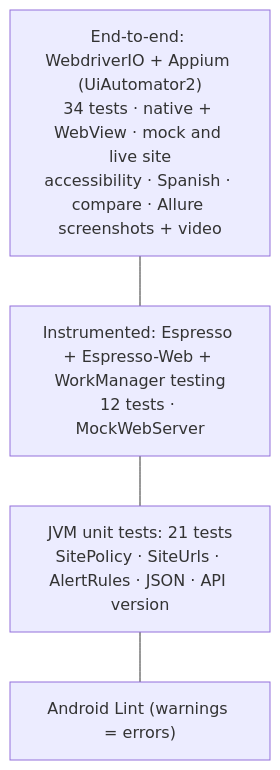
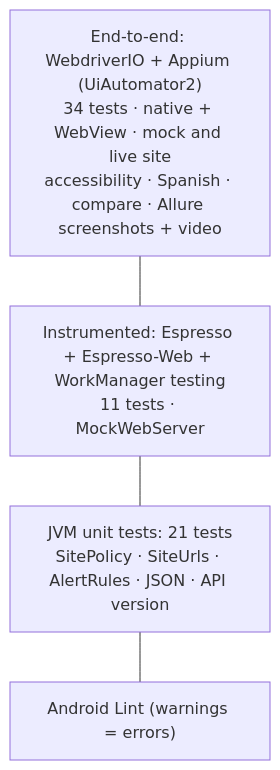
One commit to dipak-nehe/stock-value-mobile changed the fifth of 7 diagrams in android/docs/architecture.md. Above: the diagram before and after it, drawn with Mermaid. The commit also changed 4 other files, not shown here.

````diff
--- a/android/docs/architecture.md
+++ b/android/docs/architecture.md
@@ -208,8 +208,8 @@
 ```mermaid
 flowchart TB
     e2e["End-to-end: WebdriverIO + Appium (UiAutomator2)<br/>34 tests · native + WebView · mock and live site<br/>accessibility · Spanish · compare · Allure screenshots + video"]
-    inst["Instrumented: Espresso + Espresso-Web + WorkManager testing<br/>12 tests · MockWebServer"]
+    inst["Instrumented: Espresso + Espresso-Web + WorkManager testing<br/>11 tests · MockWebServer"]
     unit["JVM unit tests: 21 tests<br/>SitePolicy · SiteUrls · AlertRules · JSON · API version"]
     lint["Android Lint (warnings = errors)"]
     e2e --- inst --- unit --- lint
 ```
````
